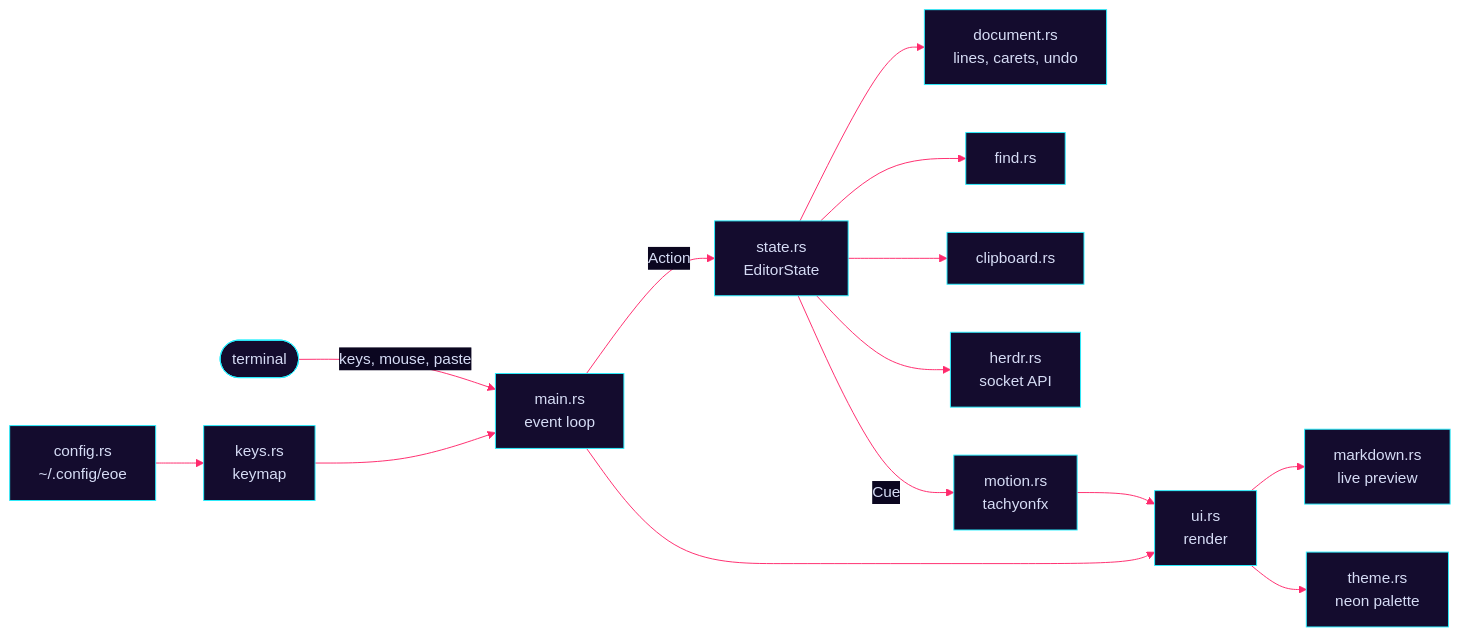
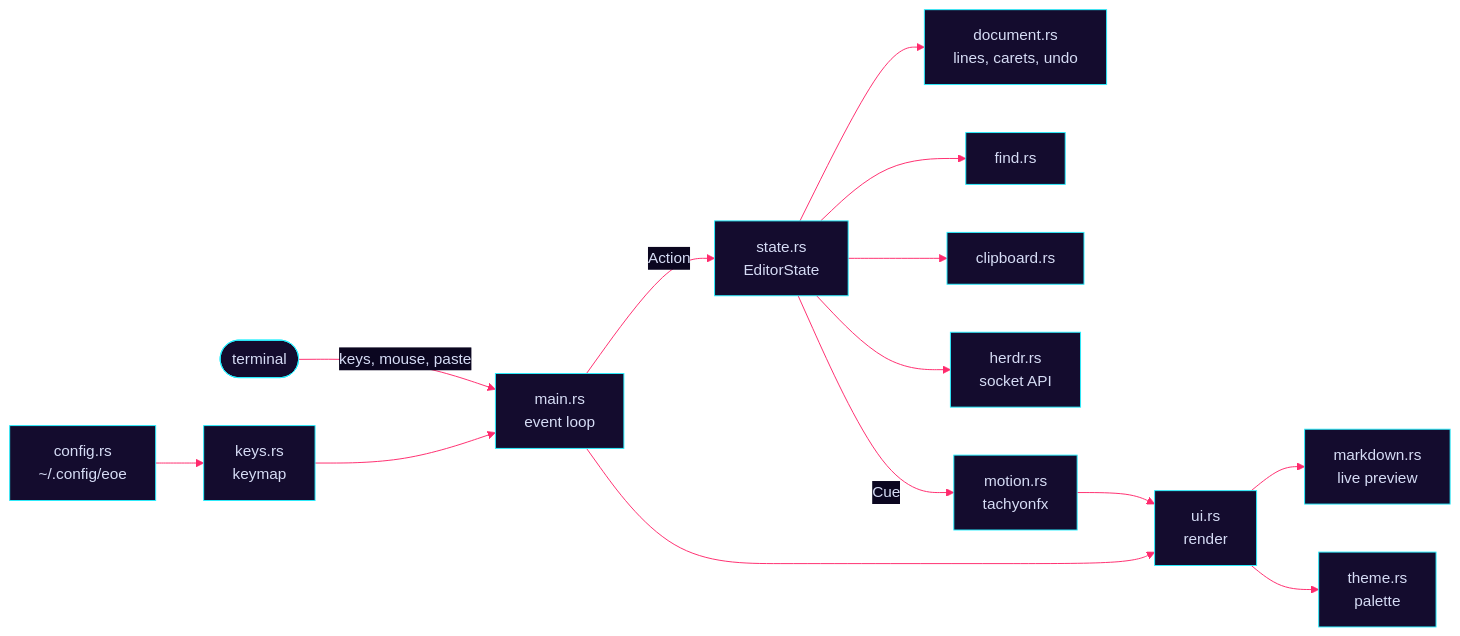
Before and after one commit to uxeric/ee: the diagram in README.md, drawn with Mermaid. The commit also changed other lines of this file and 12 other files, not shown here.

````diff
--- a/README.md
+++ b/README.md
@@ -337,17 +342,17 @@
 ```mermaid
 %%{init: {'theme':'base','themeVariables':{'background':'#0b0620','primaryColor':'#140c2e','primaryTextColor':'#d6dcf5','primaryBorderColor':'#29f0ff','lineColor':'#ff2a6d','secondaryColor':'#241452','tertiaryColor':'#0b0620','edgeLabelBackground':'#0b0620','fontFamily':'monospace'}}}%%
 flowchart LR
     term([terminal]) -- keys, mouse, paste --> main[main.rs<br>event loop]
     config[config.rs<br>~/.config/eoe] --> keys[keys.rs<br>keymap]
     keys --> main
     main -- Action --> state[state.rs<br>EditorState]
     state --> doc[document.rs<br>lines, carets, undo]
     state --> find[find.rs]
     state --> clip[clipboard.rs]
     state --> herdr[herdr.rs<br>socket API]
     state -- Cue --> motion[motion.rs<br>tachyonfx]
     main --> ui[ui.rs<br>render]
     ui --> md[markdown.rs<br>live preview]
-    ui --> theme[theme.rs<br>neon palette]
+    ui --> theme[theme.rs<br>palette]
     motion --> ui
 ```
````
